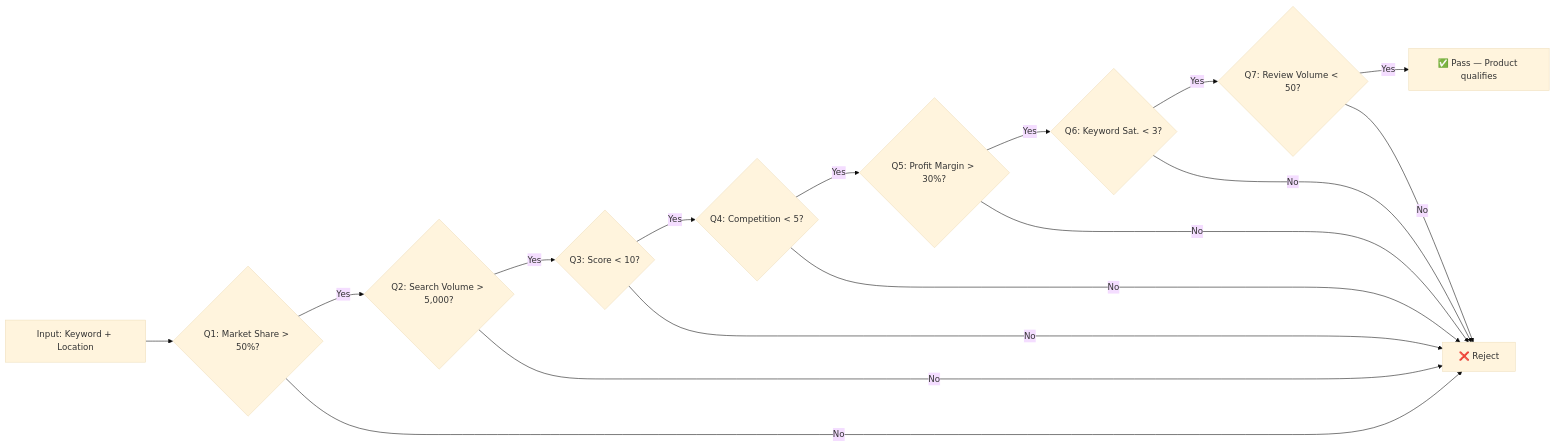
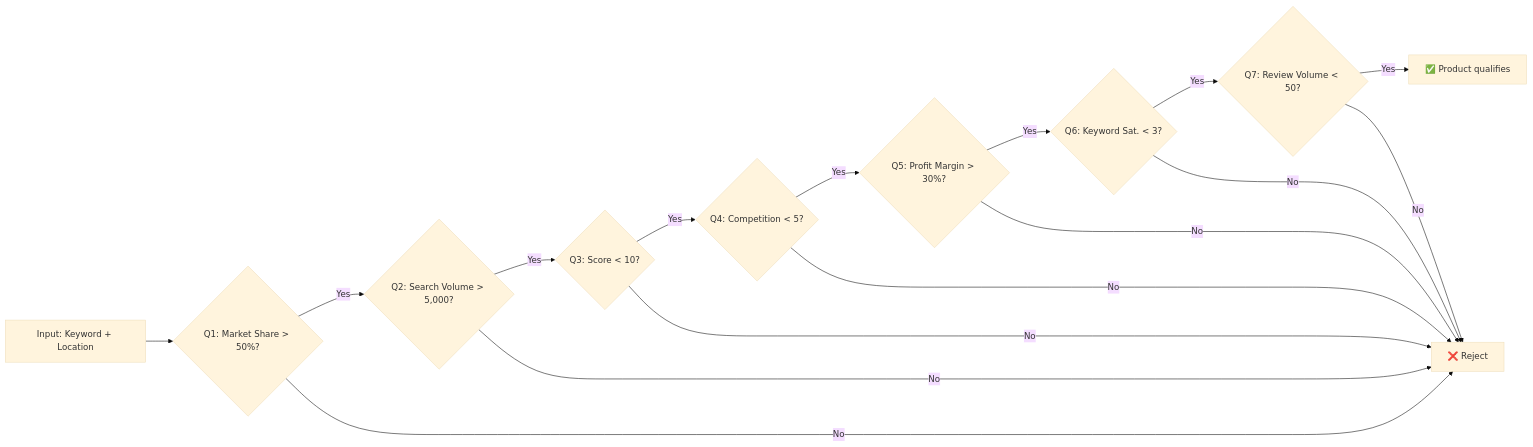
One commit to papajo/pattern-first changed the diagram in README.md. Above: the diagram before and after it, drawn with Mermaid (base theme). The commit also changed other lines of this file and 2 other files, not shown here.

````diff
--- a/README.md
+++ b/README.md
@@ -96,18 +108,18 @@
 ```mermaid
 flowchart LR
     A[Input: Keyword + Location] --> B{Q1: Market Share > 50%?}
     B -- Yes --> C{Q2: Search Volume > 5,000?}
     B -- No --> Z[❌ Reject]
     C -- Yes --> D{Q3: Score < 10?}
     C -- No --> Z
     D -- Yes --> E{Q4: Competition < 5?}
     D -- No --> Z
     E -- Yes --> F{Q5: Profit Margin > 30%?}
     E -- No --> Z
     F -- Yes --> G{Q6: Keyword Sat. < 3?}
     F -- No --> Z
     G -- Yes --> H{Q7: Review Volume < 50?}
     G -- No --> Z
-    H -- Yes --> I[✅ Pass — Product qualifies]
+    H -- Yes --> I[✅ Product qualifies]
     H -- No --> Z
 ```
````
